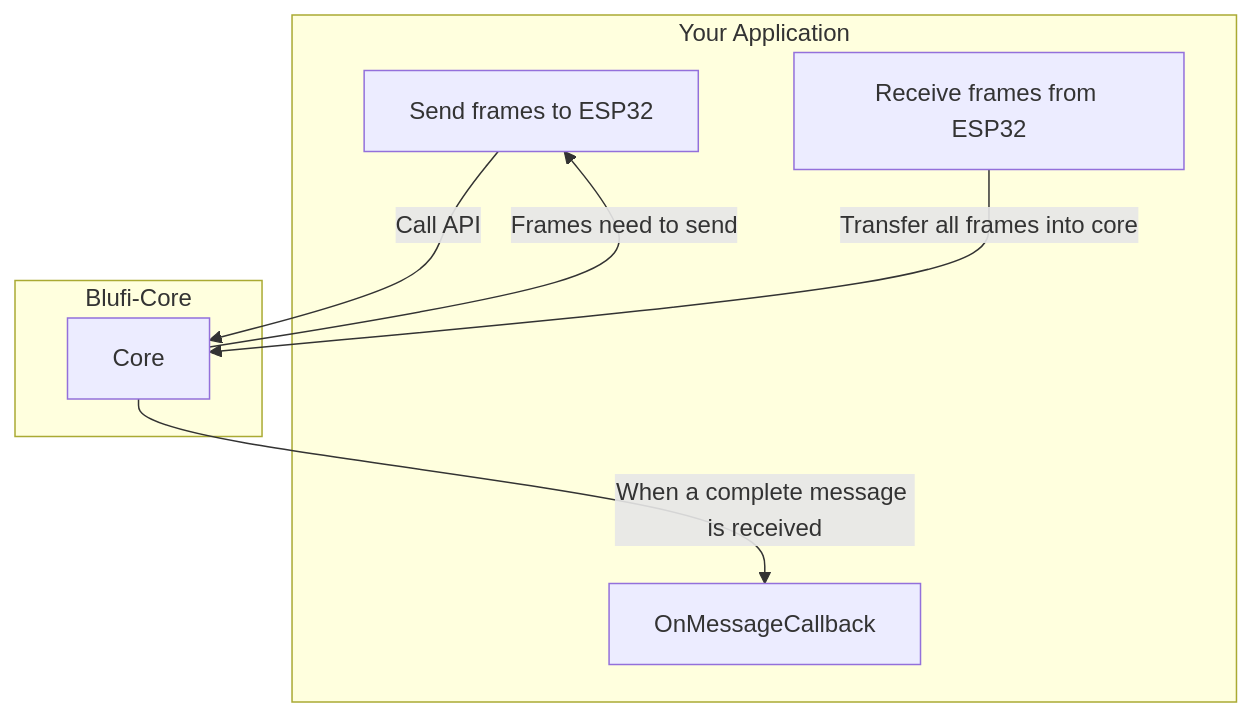
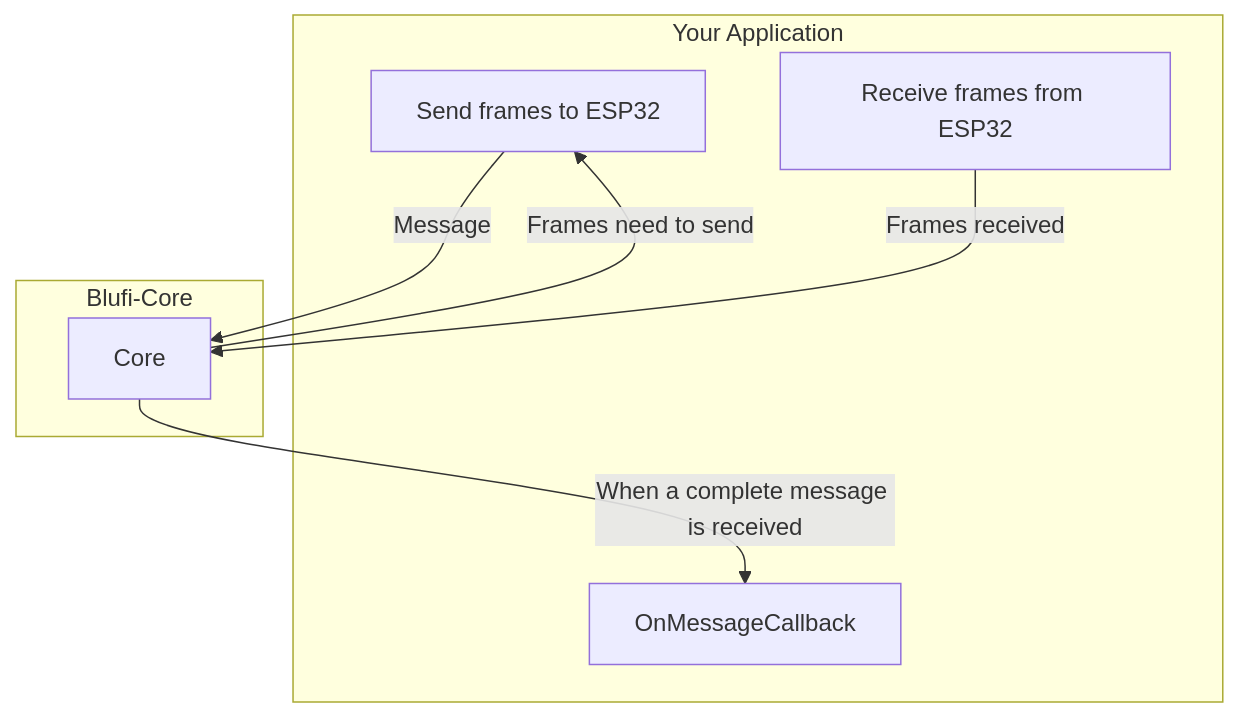
One commit to Gdszzy/blufi-core changed the diagram in readme.md. Above: the diagram before and after it, drawn with Mermaid. The commit also changed other lines of this file, not shown here.

````diff
--- a/readme.md
+++ b/readme.md
@@ -14,17 +12,17 @@
 ```mermaid
 graph TD
     subgraph Your Application
         A1[Send frames to ESP32]
         A2[Receive frames from ESP32]
         A3[OnMessageCallback]
     end
 
     subgraph Blufi-Core
         C[Core]
     end
 
-    A1 -->|Call API| C
+    A1 -->|Message| C
     C  -->|Frames need to send|A1
-    A2 -->|Transfer all frames into core| C
+    A2 -->|Frames received| C
     C -->|When a complete message is received| A3
 ```
````
